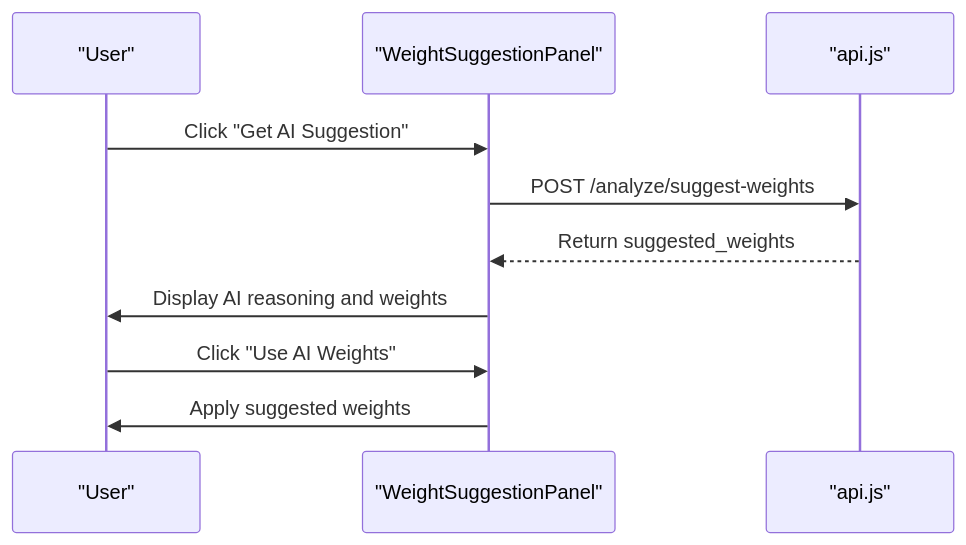
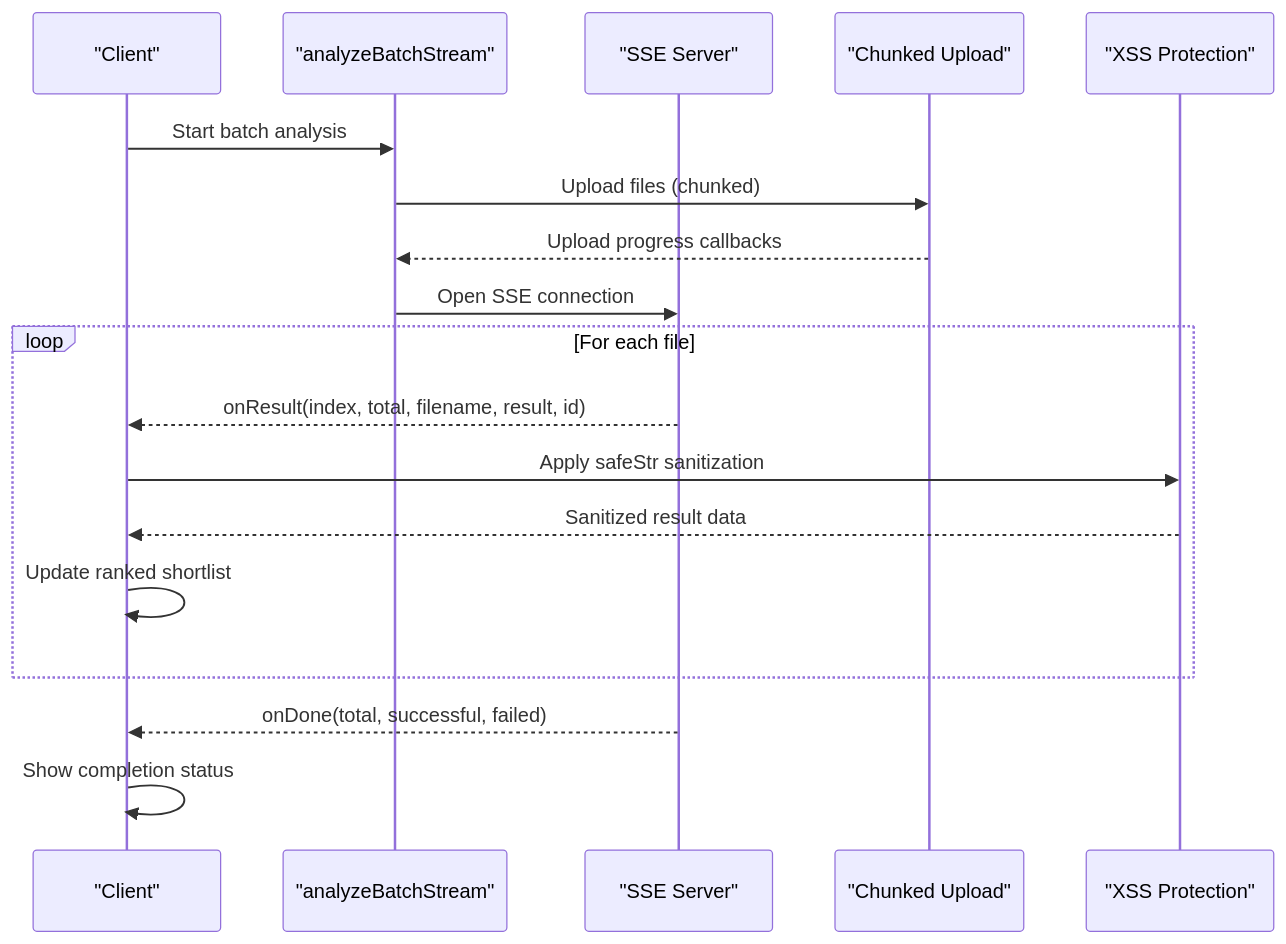
The sixth of 24 diagrams in .qoder/repowiki/en/content/Frontend Architecture/Frontend Architecture.md (Revanththetalogics/aireume), drawn with Mermaid before and after one commit. The commit also changed other lines of this file and 61 other files, not shown here.

````diff
--- a/.qoder/repowiki/en/content/Frontend Architecture/Frontend Architecture.md
+++ b/.qoder/repowiki/en/content/Frontend Architecture/Frontend Architecture.md
@@ -384,12 +417,20 @@
 ```mermaid
 sequenceDiagram
-participant U as "User"
-participant WSP as "WeightSuggestionPanel"
-participant API as "api.js"
-U->>WSP : Click "Get AI Suggestion"
-WSP->>API : POST /analyze/suggest-weights
-API-->>WSP : Return suggested_weights
-WSP->>U : Display AI reasoning and weights
-U->>WSP : Click "Use AI Weights"
-WSP->>U : Apply suggested weights
+participant Client as "Client"
+participant API as "analyzeBatchStream"
+participant SSE as "SSE Server"
+participant Upload as "Chunked Upload"
+participant SEC as "XSS Protection"
+Client->>API : Start batch analysis
+API->>Upload : Upload files (chunked)
+Upload-->>API : Upload progress callbacks
+API->>SSE : Open SSE connection
+loop For each file
+SSE-->>Client : onResult(index, total, filename, result, id)
+Client->>SEC : Apply safeStr sanitization
+SEC-->>Client : Sanitized result data
+Client->>Client : Update ranked shortlist
+end
+SSE-->>Client : onDone(total, successful, failed)
+Client->>Client : Show completion status
 ```
````
